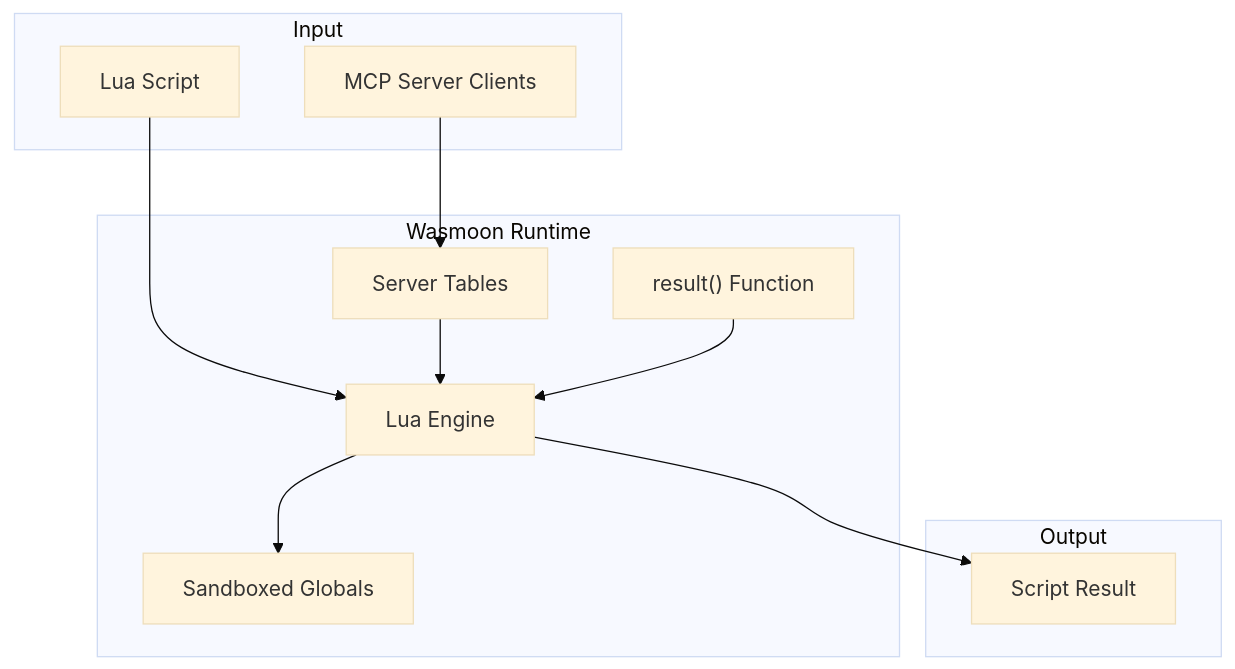
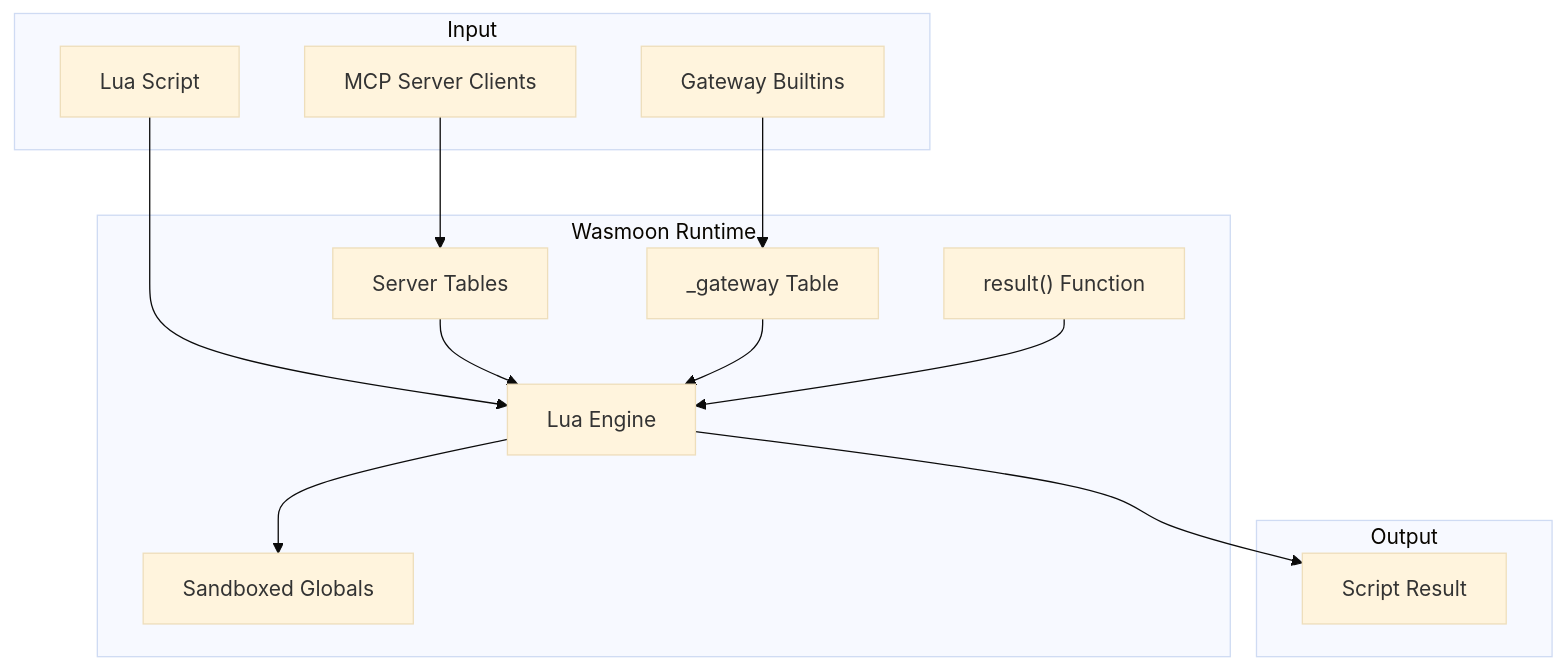
The first of 4 diagrams in docs/design/lua-runtime.md (karashiiro/my-cool-proxy), drawn with Mermaid (base theme) before and after one commit. The commit also changed other lines of this file and 33 other files, not shown here.

First line of the commit message:
refactor: move gateway tools into Lua interpreter as _gateway builtins

````diff
--- a/docs/design/lua-runtime.md
+++ b/docs/design/lua-runtime.md
@@ -9,25 +9,29 @@
 ```mermaid
 flowchart TB
     subgraph Input
         Script["Lua Script"]
         Servers["MCP Server Clients"]
+        Builtins["Gateway Builtins"]
     end
 
     subgraph Runtime["Wasmoon Runtime"]
         Engine["Lua Engine"]
         Sandbox["Sandboxed Globals"]
         ServerTables["Server Tables"]
+        GatewayTable["_gateway Table"]
         ResultFn["result() Function"]
     end
 
     subgraph Output
         Result["Script Result"]
     end
 
     Script --> Engine
     Servers --> ServerTables
+    Builtins --> GatewayTable
     Engine --> Sandbox
     ServerTables --> Engine
+    GatewayTable --> Engine
     ResultFn --> Engine
     Engine --> Result
 ```
````
